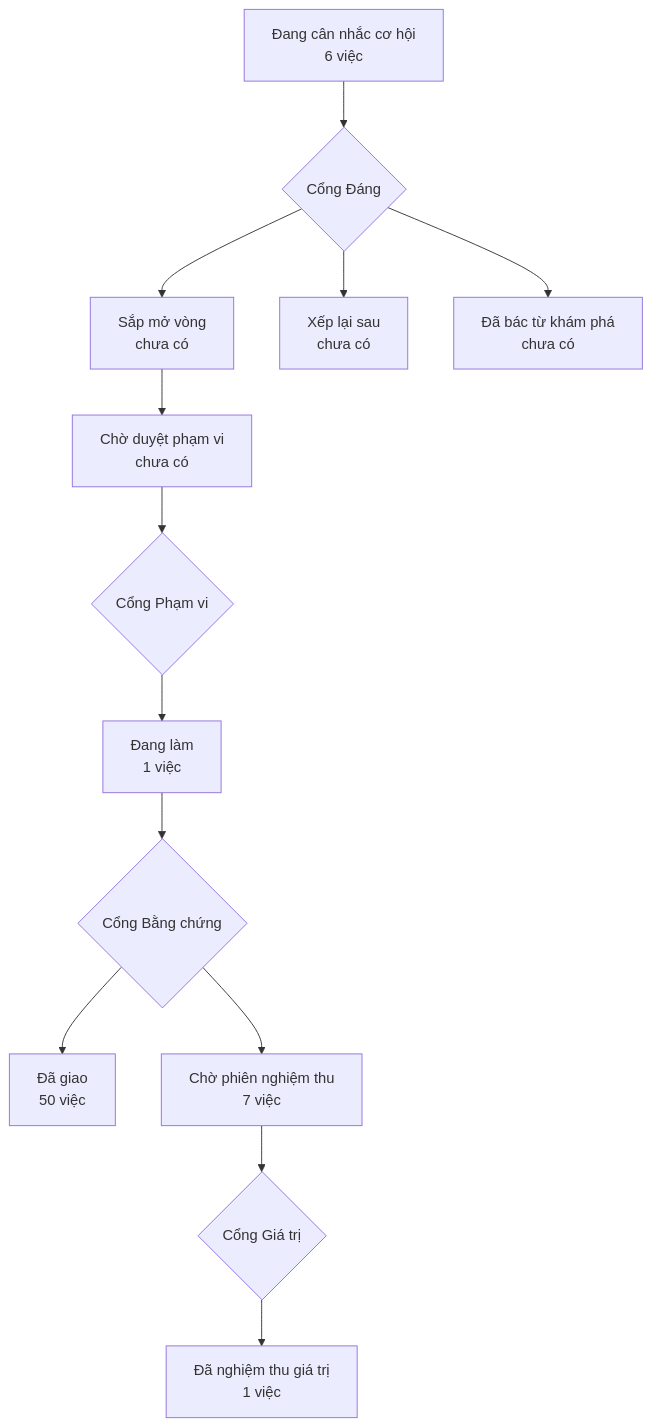
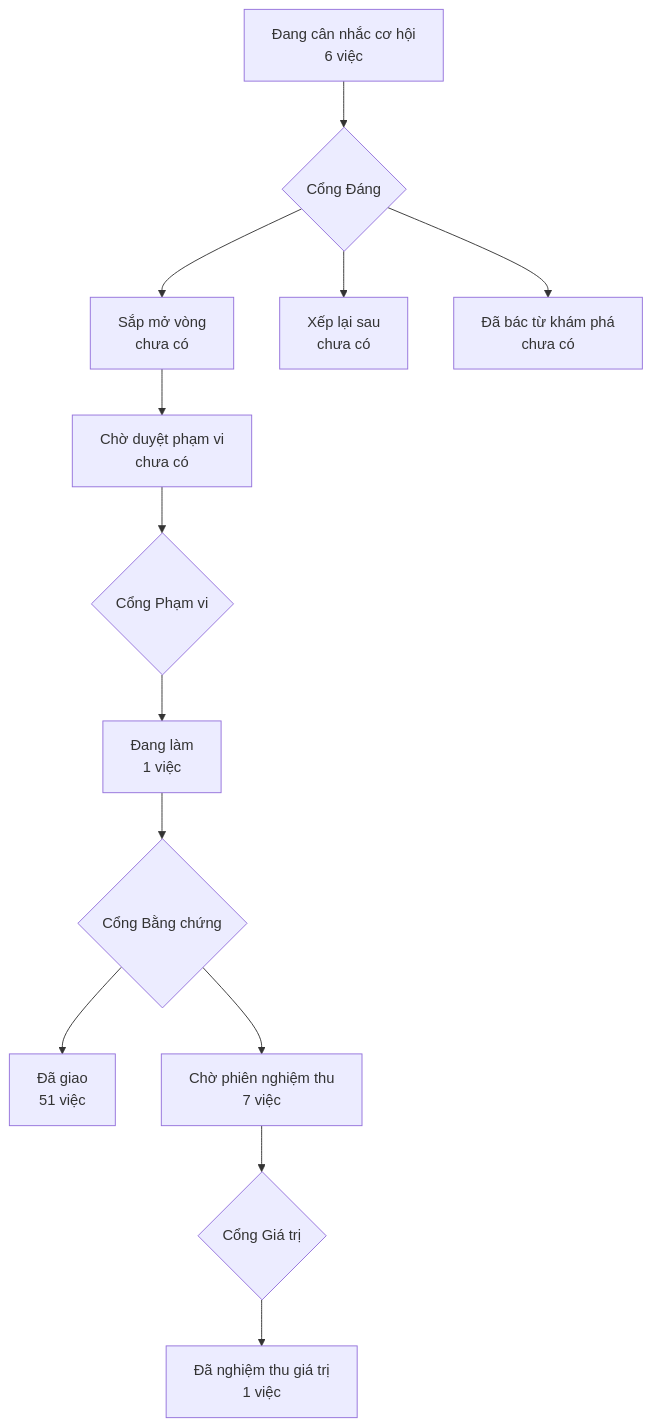
Before and after one commit to phanlemanh/crm-onehub: the diagram in PRODUCT-MAP.md, drawn with Mermaid. The commit also changed other lines of this file and 3 other files, not shown here.

````diff
--- a/PRODUCT-MAP.md
+++ b/PRODUCT-MAP.md
@@ -6,12 +6,12 @@
 ```mermaid
 flowchart TD
   A["Đang cân nhắc cơ hội<br/>6 việc"] --> GD{"Cổng Đáng"}
   GD --> B["Sắp mở vòng<br/>chưa có"]
   GD --> XL["Xếp lại sau<br/>chưa có"]
   GD --> DB["Đã bác từ khám phá<br/>chưa có"]
   B --> CD["Chờ duyệt phạm vi<br/>chưa có"] --> GP{"Cổng Phạm vi"}
   GP --> DL["Đang làm<br/>1 việc"] --> GB{"Cổng Bằng chứng"}
-  GB --> DG["Đã giao<br/>50 việc"]
+  GB --> DG["Đã giao<br/>51 việc"]
   GB --> CN["Chờ phiên nghiệm thu<br/>7 việc"] --> GG{"Cổng Giá trị"}
   GG --> NT["Đã nghiệm thu giá trị<br/>1 việc"]
 ```
````
